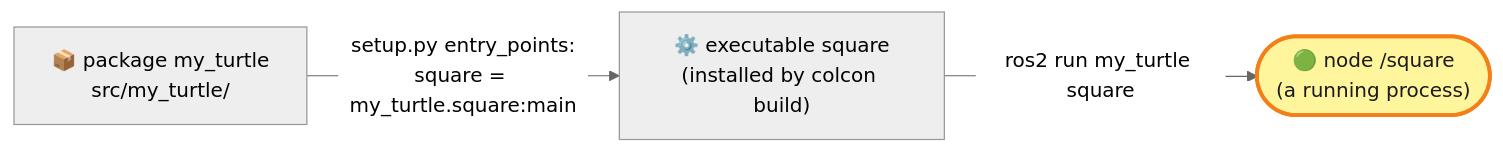
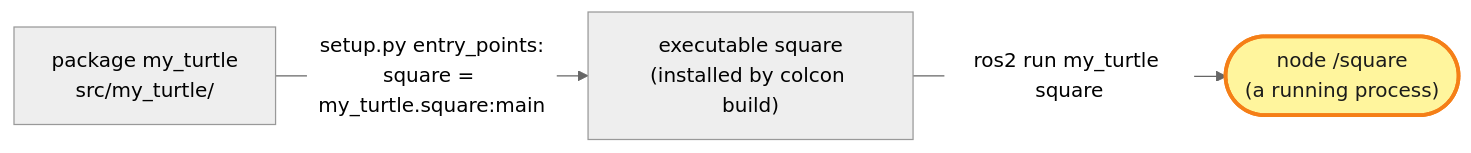
Before and after one commit to kittinook/ros2_tutorial: the third of 3 diagrams in missions/04-first-node.md, drawn with Mermaid (neutral theme). The commit also changed other lines of this file and 17 other files, not shown here.

````diff
--- a/missions/04-first-node.md
+++ b/missions/04-first-node.md
@@ -148,11 +145,11 @@
 ```mermaid
 flowchart LR
     classDef ros fill:#c8e6c9,stroke:#2e7d32,color:#1b1b1b
     classDef mine fill:#fff59d,stroke:#f57f17,stroke-width:3px,color:#1b1b1b
     classDef topic fill:#bbdefb,stroke:#1565c0,color:#1b1b1b
     classDef srv fill:#ffe0b2,stroke:#e65100,color:#1b1b1b
     classDef act fill:#e1bee7,stroke:#6a1b9a,color:#1b1b1b
     classDef param fill:#eeeeee,stroke:#616161,color:#1b1b1b
     classDef off fill:#f5f5f5,stroke:#9e9e9e,stroke-dasharray:4 3,color:#757575
-    PKG["📦 package my_turtle<br/>src/my_turtle/"] -- "setup.py entry_points:<br/>square = my_turtle.square:main" --> EXE["⚙️ executable square<br/>(installed by colcon build)"] -- "ros2 run my_turtle square" --> NODE(["🟢 node /square<br/>(a running process)"]):::mine
+    PKG["package my_turtle<br/>src/my_turtle/"] -- "setup.py entry_points:<br/>square = my_turtle.square:main" --> EXE["executable square<br/>(installed by colcon build)"] -- "ros2 run my_turtle square" --> NODE(["node /square<br/>(a running process)"]):::mine
 ```
````
